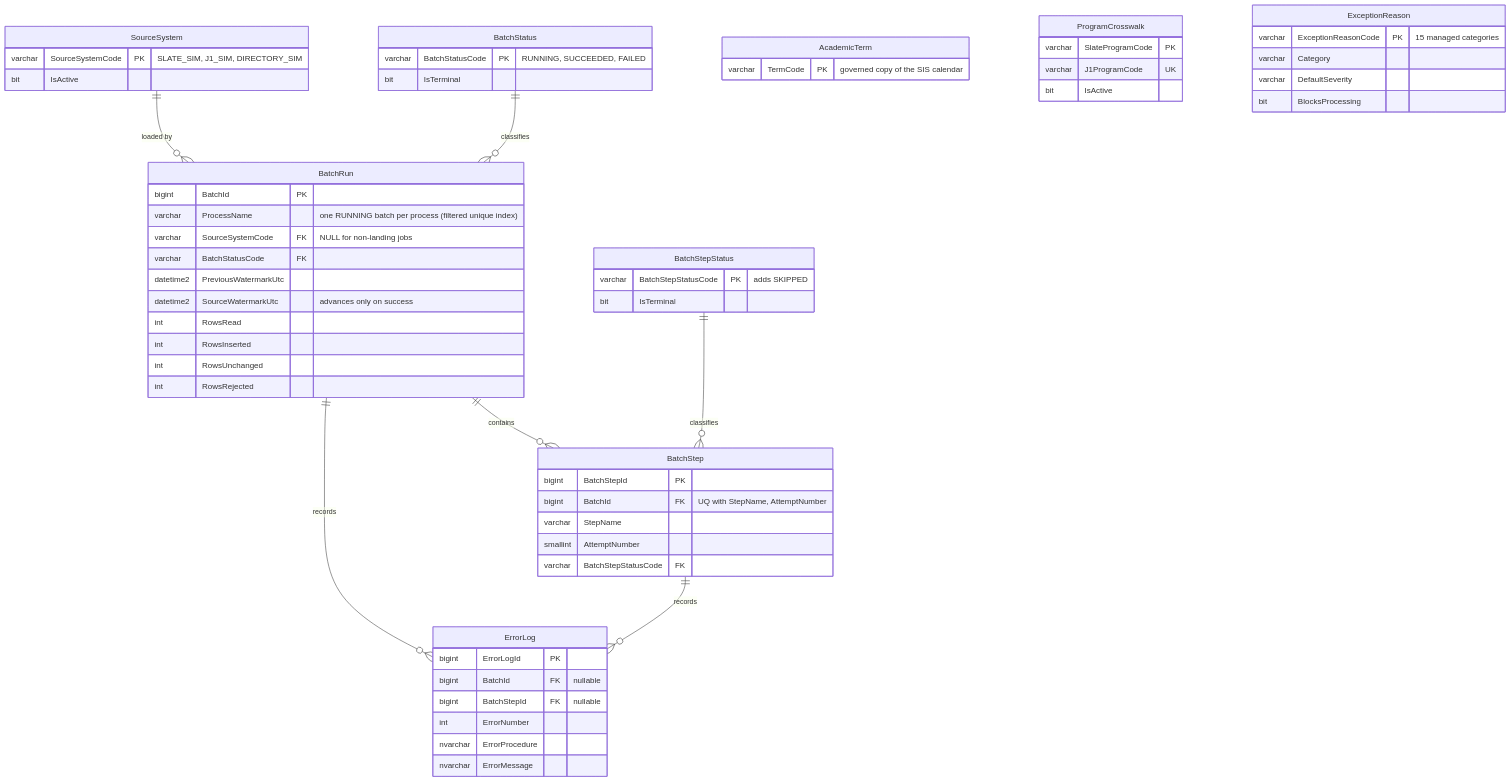
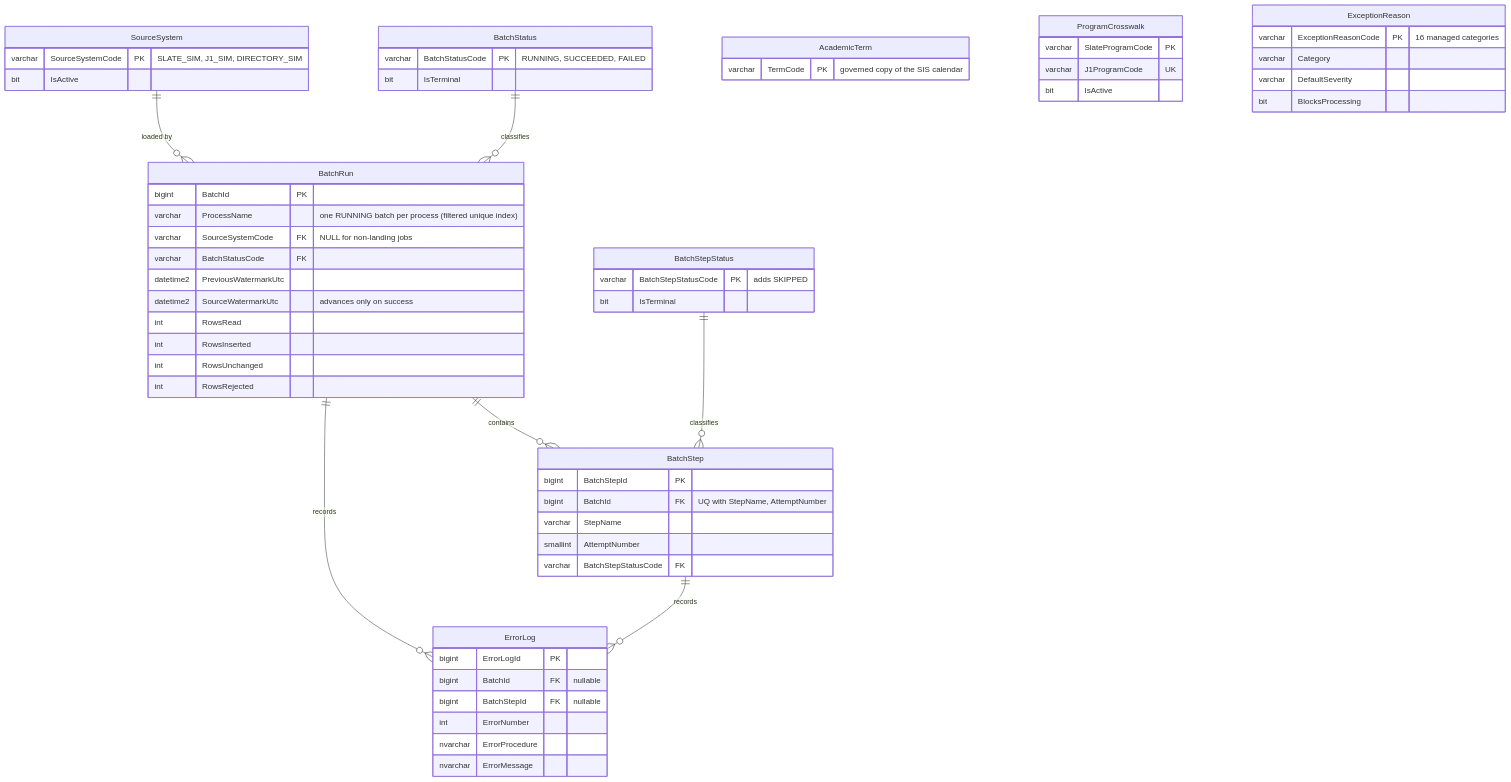
The fourth of 7 diagrams in docs/architecture/erd.md (saiff7/campus-data-hub), drawn with Mermaid before and after one commit. The commit also changed other lines of this file and 9 other files, not shown here.

````diff
--- a/docs/architecture/erd.md
+++ b/docs/architecture/erd.md
@@ -191,63 +201,63 @@
 ```mermaid
 erDiagram
     SourceSystem ||--o{ BatchRun : "loaded by"
     BatchStatus ||--o{ BatchRun : classifies
     BatchRun ||--o{ BatchStep : contains
     BatchStepStatus ||--o{ BatchStep : classifies
     BatchRun ||--o{ ErrorLog : records
     BatchStep ||--o{ ErrorLog : records
 
     SourceSystem {
         varchar SourceSystemCode PK "SLATE_SIM, J1_SIM, DIRECTORY_SIM"
         bit IsActive
     }
     BatchStatus {
         varchar BatchStatusCode PK "RUNNING, SUCCEEDED, FAILED"
         bit IsTerminal
     }
     BatchStepStatus {
         varchar BatchStepStatusCode PK "adds SKIPPED"
         bit IsTerminal
     }
     BatchRun {
         bigint BatchId PK
         varchar ProcessName "one RUNNING batch per process (filtered unique index)"
         varchar SourceSystemCode FK "NULL for non-landing jobs"
         varchar BatchStatusCode FK
         datetime2 PreviousWatermarkUtc
         datetime2 SourceWatermarkUtc "advances only on success"
         int RowsRead
         int RowsInserted
         int RowsUnchanged
         int RowsRejected
     }
     BatchStep {
         bigint BatchStepId PK
         bigint BatchId FK "UQ with StepName, AttemptNumber"
         varchar StepName
         smallint AttemptNumber
         varchar BatchStepStatusCode FK
     }
     ErrorLog {
         bigint ErrorLogId PK
         bigint BatchId FK "nullable"
         bigint BatchStepId FK "nullable"
         int ErrorNumber
         nvarchar ErrorProcedure
         nvarchar ErrorMessage
     }
     AcademicTerm {
         varchar TermCode PK "governed copy of the SIS calendar"
     }
     ProgramCrosswalk {
         varchar SlateProgramCode PK
         varchar J1ProgramCode UK
         bit IsActive
     }
     ExceptionReason {
-        varchar ExceptionReasonCode PK "15 managed categories"
+        varchar ExceptionReasonCode PK "16 managed categories"
         varchar Category
         varchar DefaultSeverity
         bit BlocksProcessing
     }
 ```
````
